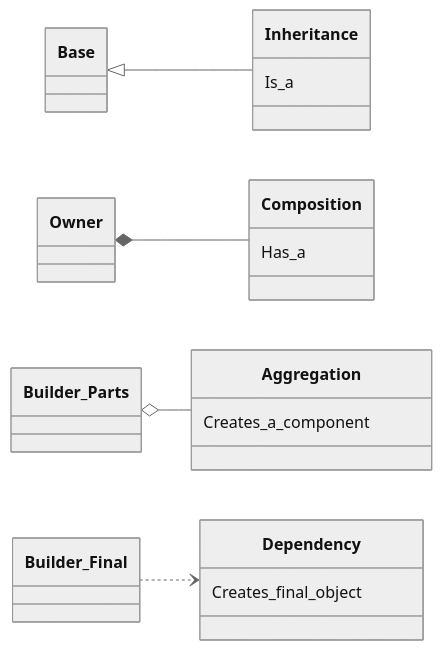
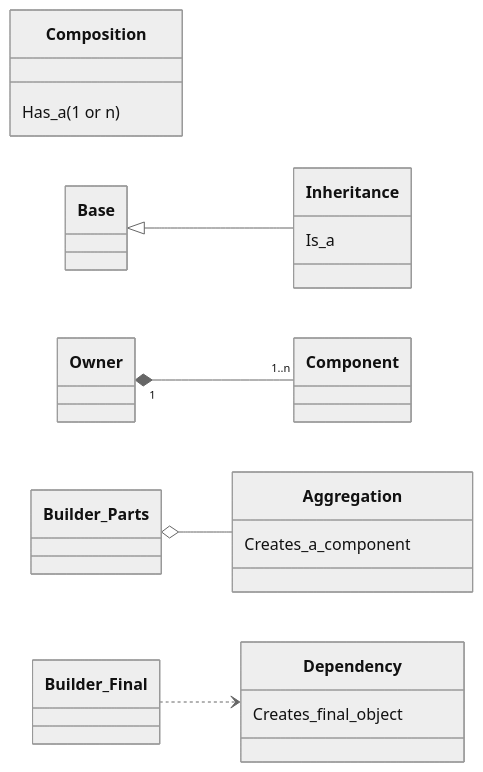
One commit to Cichlidfishexigency721/Modern-CPP-Design-Patterns changed the second of 2 diagrams in 01_Builder/Dynamic_example/diagram.md. Above: the diagram before and after it, drawn with Mermaid (neutral theme). The commit also changed other lines of this file, not shown here.

````diff
--- a/01_Builder/Dynamic_example/diagram.md
+++ b/01_Builder/Dynamic_example/diagram.md
@@ -44,13 +49,13 @@
 ```mermaid
 classDiagram
     direction LR
     class Inheritance { Is_a }
-    class Composition { Has_a }
+    class Composition { Has_a (1 or n) }
     class Aggregation { Creates_a_component }
     class Dependency { Creates_final_object }
 
     Base <|-- Inheritance
-    Owner *-- Composition
+    Owner "1" *-- "1..n" Component
     Builder_Parts o-- Aggregation
     Builder_Final ..> Dependency
 ```
````
